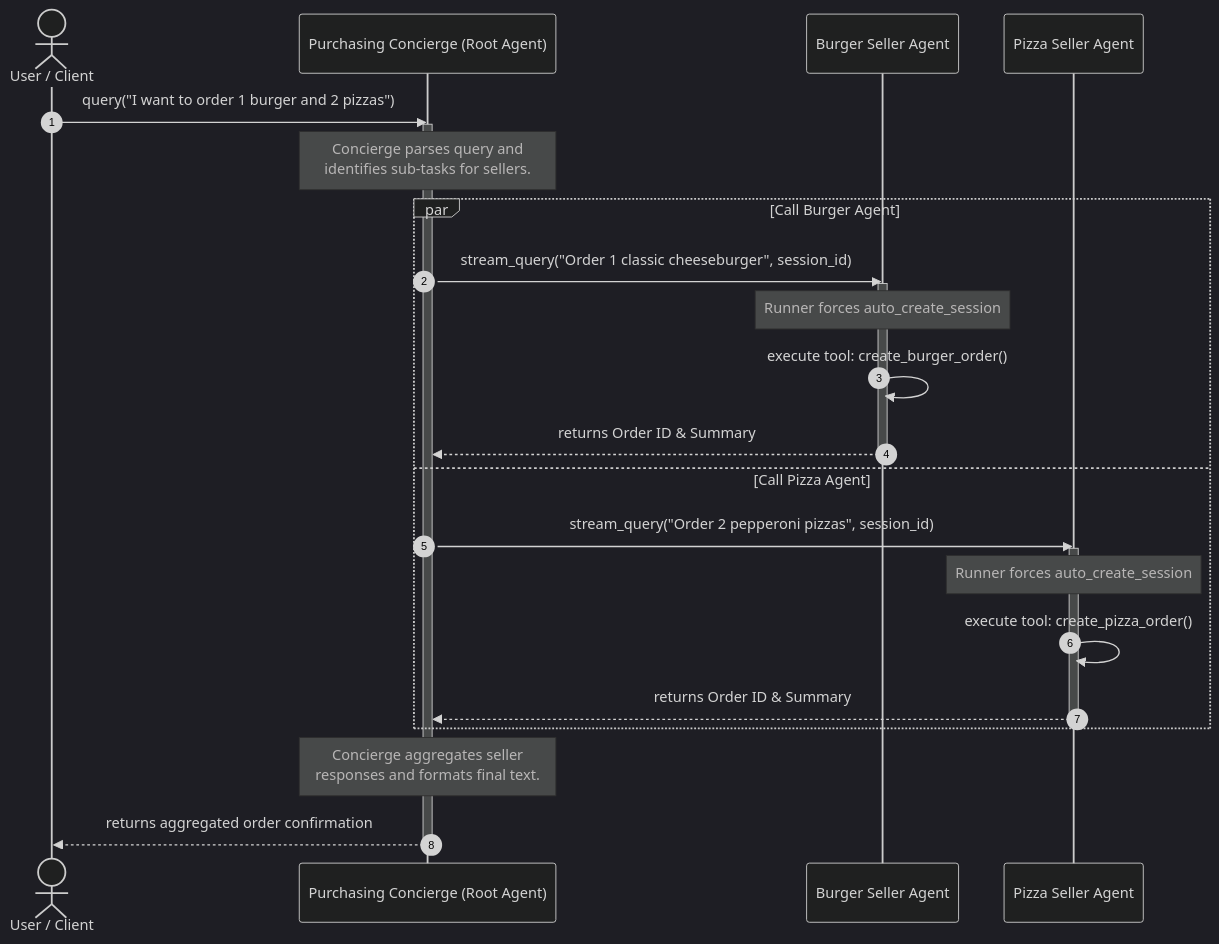
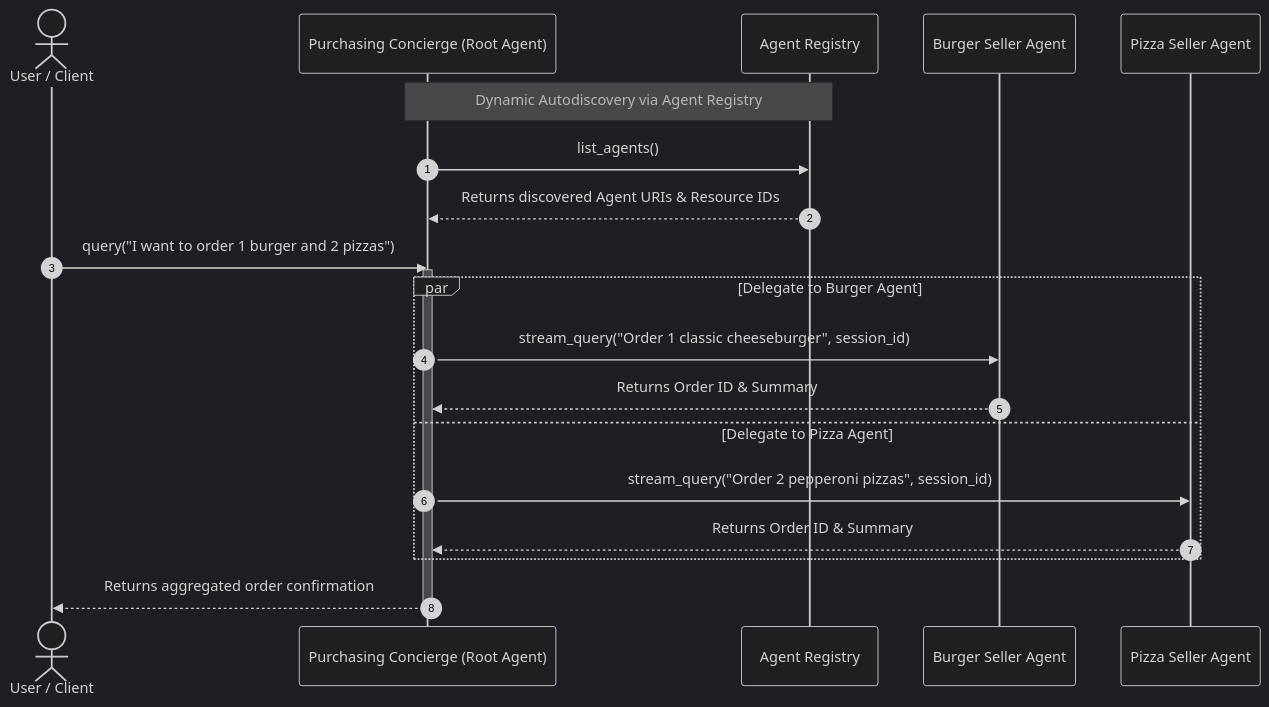
The diagram in README.md (demichael4520/cross-project-multiagent), drawn with Mermaid (dark theme) before and after one commit. The commit also changed other lines of this file and 29 other files, not shown here.

Commit message:
Update A2A multi-runtime architecture, Agent Registry autodiscovery, and deployment documentation

````diff
--- a/README.md
+++ b/README.md
@@ -11,32 +11,27 @@
 ```mermaid
 sequenceDiagram
     autonumber
     actor Client as User / Client
     participant Concierge as Purchasing Concierge (Root Agent)
+    participant Registry as Agent Registry
     participant Burger as Burger Seller Agent
     participant Pizza as Pizza Seller Agent
 
+    Note over Concierge,Registry: Dynamic Autodiscovery via Agent Registry
+    Concierge->>Registry: list_agents()
+    Registry-->>Concierge: Returns discovered Agent URIs & Resource IDs
+
     Client->>Concierge: query("I want to order 1 burger and 2 pizzas")
     activate Concierge
-    Note over Concierge: Concierge parses query and<br/>identifies sub-tasks for sellers.
     
-    par Call Burger Agent
+    par Delegate to Burger Agent
         Concierge->>Burger: stream_query("Order 1 classic cheeseburger", session_id)
-        activate Burger
-        Note over Burger: Runner forces auto_create_session
-        Burger->>Burger: execute tool: create_burger_order()
-        Burger-->>Concierge: returns Order ID & Summary
-        deactivate Burger
-    and Call Pizza Agent
+        Burger-->>Concierge: Returns Order ID & Summary
+    and Delegate to Pizza Agent
         Concierge->>Pizza: stream_query("Order 2 pepperoni pizzas", session_id)
-        activate Pizza
-        Note over Pizza: Runner forces auto_create_session
-        Pizza->>Pizza: execute tool: create_pizza_order()
-        Pizza-->>Concierge: returns Order ID & Summary
-        deactivate Pizza
+        Pizza-->>Concierge: Returns Order ID & Summary
     end
 
-    Note over Concierge: Concierge aggregates seller<br/>responses and formats final text.
-    Concierge-->>Client: returns aggregated order confirmation
+    Concierge-->>Client: Returns aggregated order confirmation
     deactivate Concierge
 ```
````
